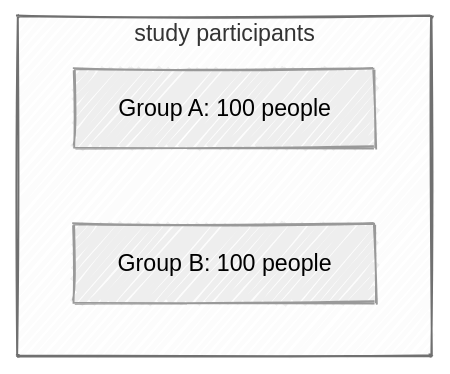
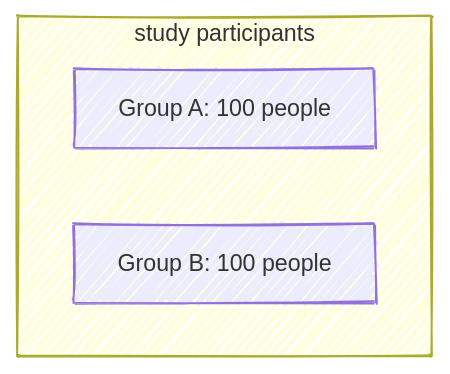
One commit to agrogan1/closeread changed the third of 5 diagrams in multivariate/multivariate.qmd. Above: the diagram before and after it, drawn with Mermaid. The commit also changed other lines of this file and 1 other file, not shown here.

Commit message:
updates to content and diagrams

````diff
--- a/multivariate/multivariate.qmd
+++ b/multivariate/multivariate.qmd
@@ -47,18 +68,18 @@
 ```{mermaid}
 ---
 config:
   look: handDrawn
-  theme: neutral
+  theme: default
 ---
 
 flowchart TB
 
   subgraph study["study participants"]
 
   A["Group A: 100 people"]
 
   B["Group B: 100 people"]
 
   end
 
 ```
````
